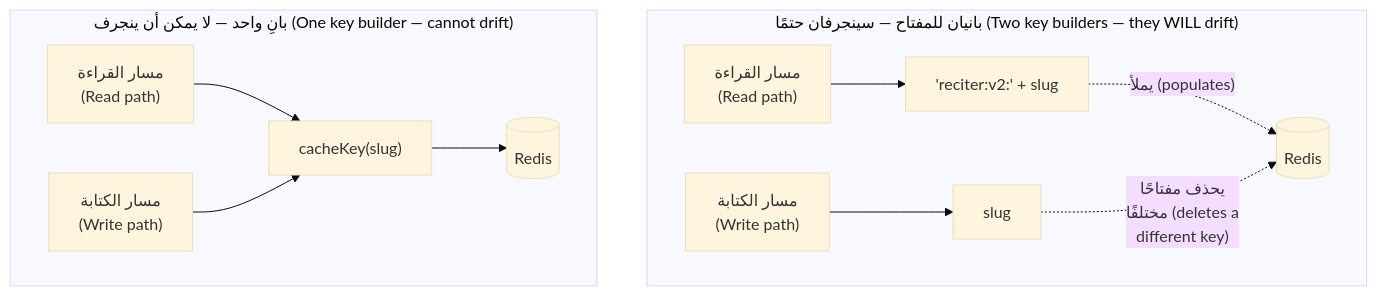
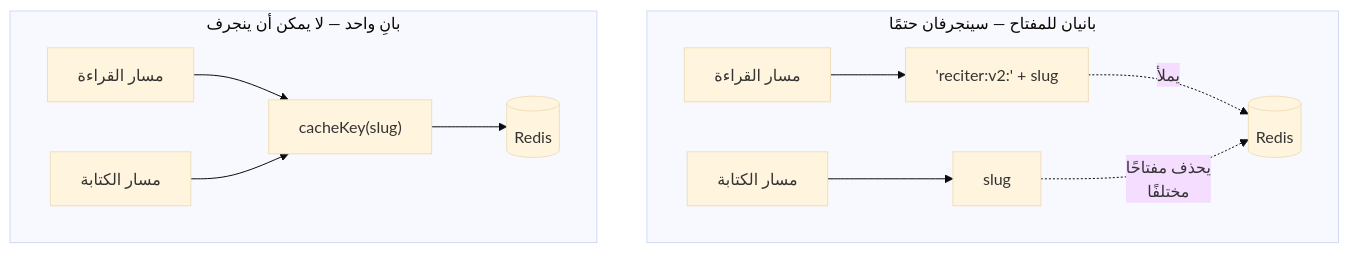
The third of 5 diagrams in modules/03-caching/module.ar.md (Tamoura/system-design-for-vibe-coders), drawn with Mermaid (base theme) before and after one commit. The commit also changed other lines of this file and 551 other files, not shown here.

````diff
--- a/modules/03-caching/module.ar.md
+++ b/modules/03-caching/module.ar.md
@@ -215,14 +217,14 @@
 ```mermaid
 flowchart TD
-    subgraph Broken["بانيان للمفتاح — سينجرفان حتمًا (Two key builders — they WILL drift)"]
-        R1["مسار القراءة<br/>(Read path)"] --> K1["'reciter:v2:' + slug"]
-        W1["مسار الكتابة<br/>(Write path)"] --> K2["slug"]
-        K1 -.->|"يملأ (populates)"| Store1[("Redis")]
-        K2 -.->|"يحذف مفتاحًا<br/>مختلفًا (deletes a<br/>different key)"| Store1
+    subgraph Broken["بانيان للمفتاح — سينجرفان حتمًا"]
+        R1["مسار القراءة"] --> K1["'reciter:v2:' + slug"]
+        W1["مسار الكتابة"] --> K2["slug"]
+        K1 -.->|"يملأ"| Store1[("Redis")]
+        K2 -.->|"يحذف مفتاحًا<br/>مختلفًا"| Store1
     end
-    subgraph Fixed["بانٍ واحد — لا يمكن أن ينجرف (One key builder — cannot drift)"]
-        R2["مسار القراءة<br/>(Read path)"] --> KF["cacheKey(slug)"]
-        W2["مسار الكتابة<br/>(Write path)"] --> KF
+    subgraph Fixed["بانٍ واحد — لا يمكن أن ينجرف"]
+        R2["مسار القراءة"] --> KF["cacheKey(slug)"]
+        W2["مسار الكتابة"] --> KF
         KF --> Store2[("Redis")]
     end
 ```
````
